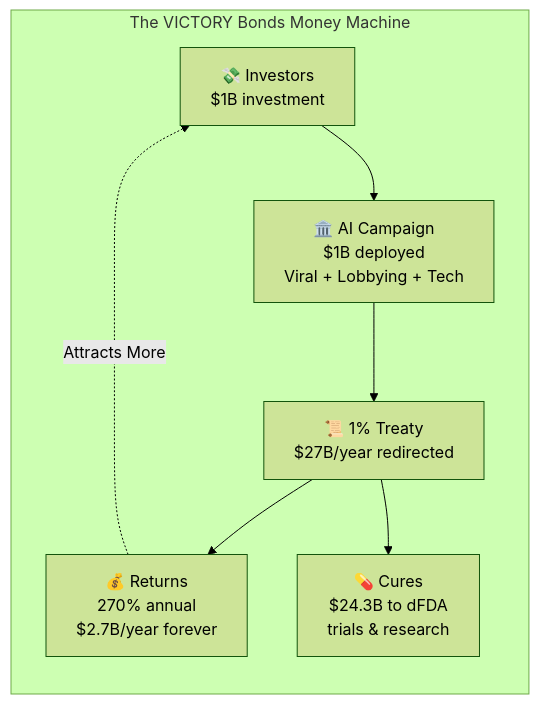
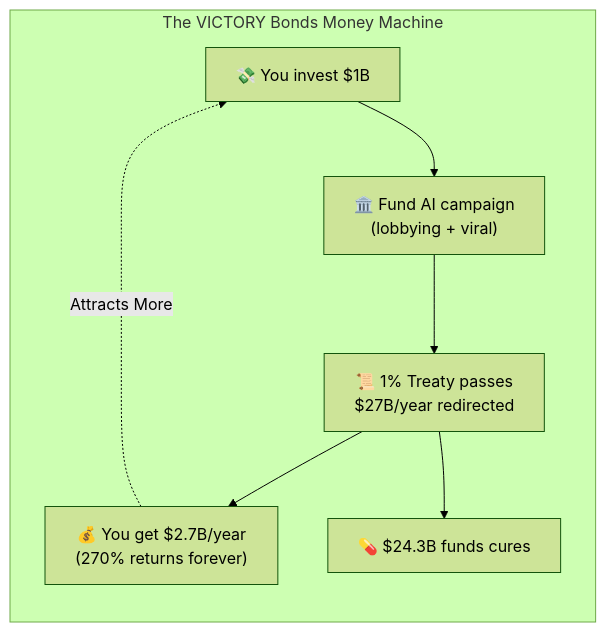
Before and after one commit to mikepsinn/disease-eradication-plan: the sixth of 6 diagrams in index.qmd, drawn with Mermaid (forest theme). The commit also changed other lines of this file and 1 other file, not shown here.

````diff
--- a/index.qmd
+++ b/index.qmd
@@ -675,20 +536,16 @@
 ```{mermaid}
 flowchart LR
     subgraph "The VICTORY Bonds Money Machine"
-        Investors["💸 Investors<br/>$1B investment"]
-
-        Campaign["🏛️ AI Campaign<br/>$1B deployed<br/>Viral + Lobbying + Tech"]
-
-        Treaty["📜 1% Treaty<br/>$27B/year redirected"]
-
-        Returns["💰 Returns<br/>270% annual<br/>$2.7B/year forever"]
-
-        Cures["💊 Cures<br/>$24.3B to dFDA<br/>trials & research"]
+        Investors["💸 You invest $1B"]
+        Campaign["🏛️ Fund AI campaign<br/>(lobbying + viral)"]
+        Treaty["📜 1% Treaty passes<br/>$27B/year redirected"]
+        Returns["💰 You get $2.7B/year<br/>(270% returns forever)"]
+        Cures["💊 $24.3B funds cures"]
     end
 
     Investors --> Campaign
     Campaign --> Treaty
     Treaty --> Returns
     Treaty --> Cures
     Returns -.->|"Attracts More"| Investors
 ```
````
